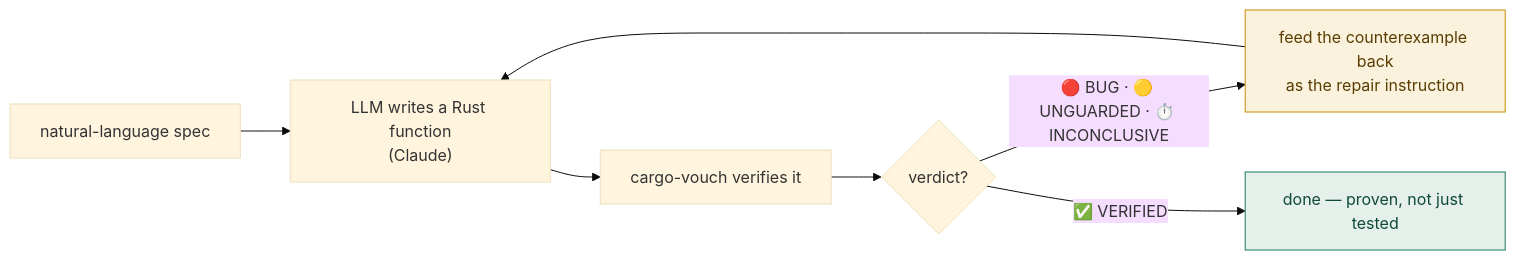
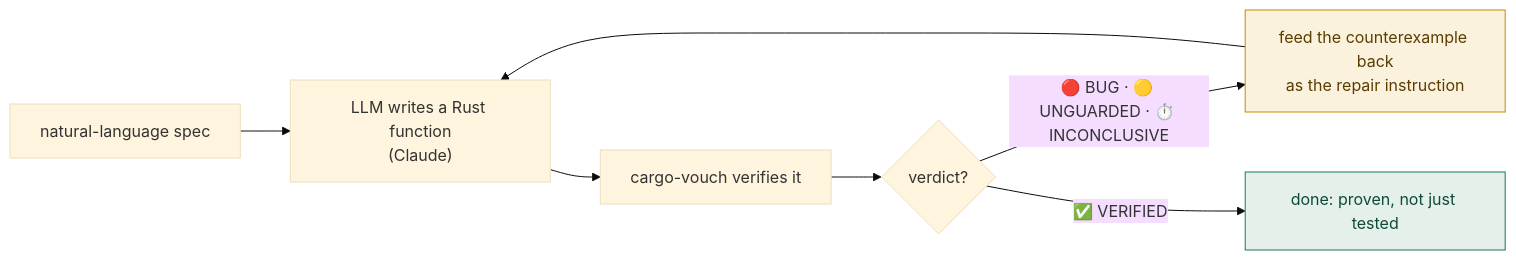
Before and after one commit to ss1738/cargo-vouch: the second of 2 diagrams in README.md, drawn with Mermaid (base theme). The commit also changed other lines of this file and 6 other files, not shown here.

````diff
--- a/README.md
+++ b/README.md
@@ -285,14 +283,14 @@
 ```mermaid
 flowchart LR
     A["natural-language spec"] --> B["LLM writes a Rust function<br/>(Claude)"]
     B --> C["cargo-vouch verifies it"]
     C --> D{"verdict?"}
     D -->|"🔴 BUG · 🟡 UNGUARDED · ⏱️ INCONCLUSIVE"| E["feed the counterexample back<br/>as the repair instruction"]
     E --> B
-    D -->|"✅ VERIFIED"| F["done — proven, not just tested"]
+    D -->|"✅ VERIFIED"| F["done: proven, not just tested"]
 
     classDef ok fill:#E6F0EB,stroke:#17795A,color:#0e4a37;
     classDef fix fill:#FBF2DD,stroke:#C98A00,color:#5a3d00;
     class F ok
     class E fix
 ```
````
